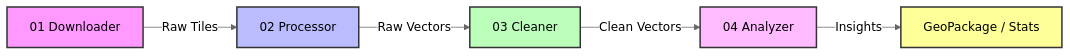
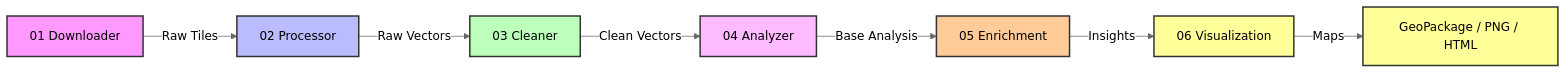
The diagram in README.md (snennis/Anwendungsentwicklung_mit_Python), drawn with Mermaid (neutral theme) before and after one commit. The commit also changed other lines of this file and 8 other files, not shown here.

````diff
--- a/README.md
+++ b/README.md
@@ -26,12 +26,16 @@
 ```mermaid
 graph LR
     A[01 Downloader] -->|Raw Tiles| B[02 Processor]
     B -->|Raw Vectors| C[03 Cleaner]
     C -->|Clean Vectors| D[04 Analyzer]
-    D -->|Insights| E[GeoPackage / Stats]
+    D -->|Base Analysis| E[05 Enrichment]
+    E -->|Insights| F[06 Visualization]
+    F -->|Maps| G[GeoPackage / PNG / HTML]
     style A fill:#f9f,stroke:#333,stroke-width:2px
     style B fill:#bbf,stroke:#333,stroke-width:2px
     style C fill:#bfb,stroke:#333,stroke-width:2px
     style D fill:#fbf,stroke:#333,stroke-width:2px
-    style E fill:#ff9,stroke:#333,stroke-width:2px
+    style E fill:#fc9,stroke:#333,stroke-width:2px
+    style F fill:#ff9,stroke:#333,stroke-width:2px
+    style G fill:#ff9,stroke:#333,stroke-width:2px
 ```
````
